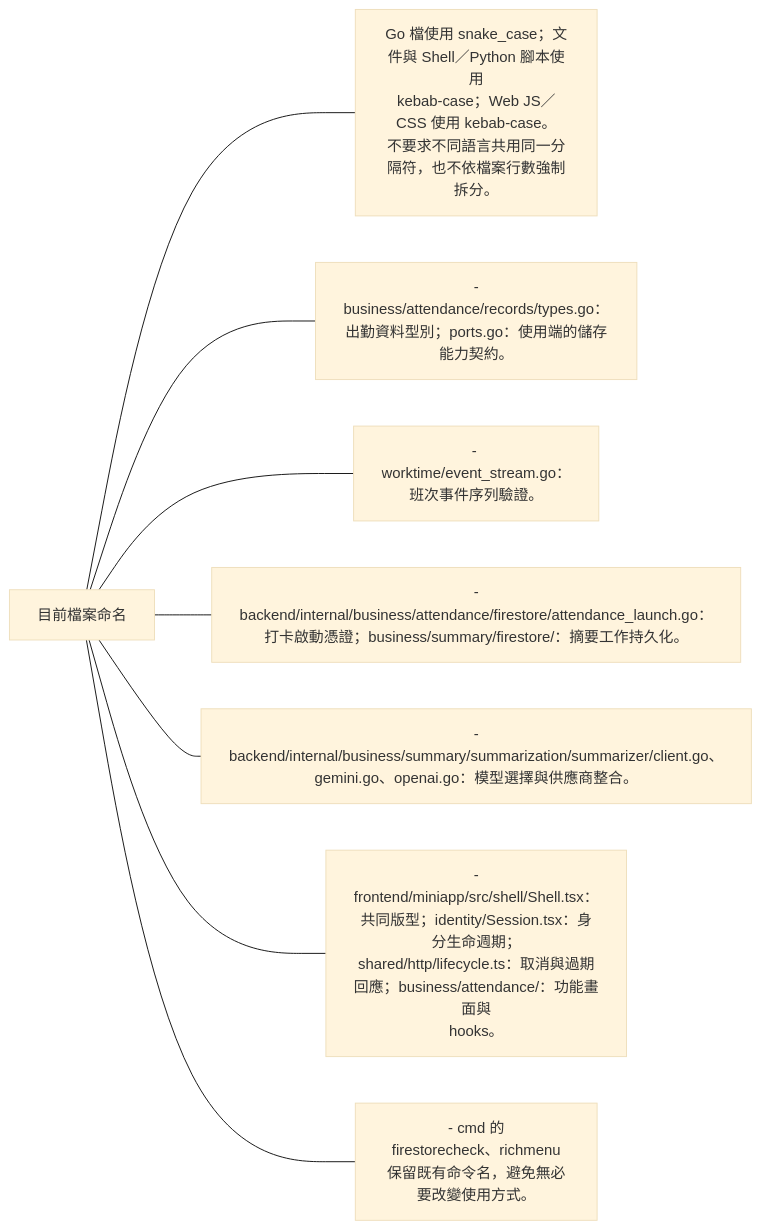
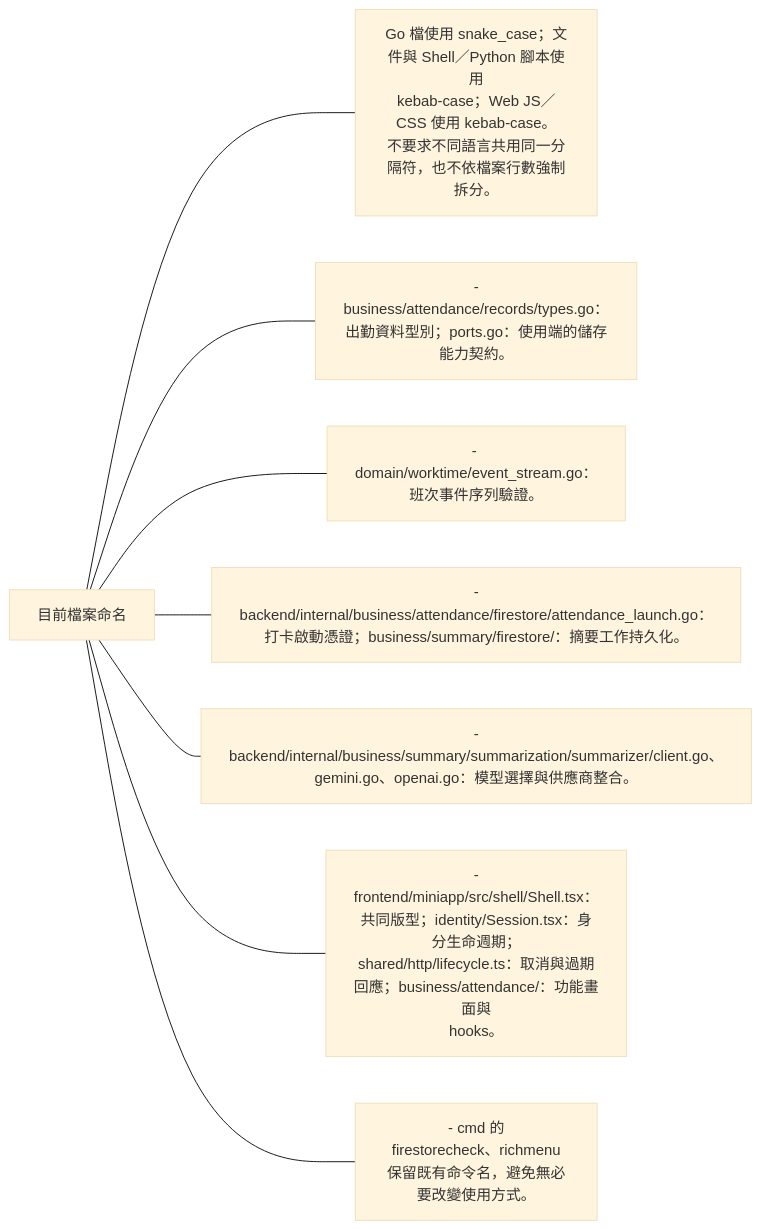
One commit to 963sup/line-mini-app-bot changed the fourth of 4 diagrams in docs/standards/naming.md. Above: the diagram before and after it, drawn with Mermaid (base theme). The commit also changed 24 other files, not shown here.

First line of the commit message:
refactor(attendance): define the worktime domain boundary (#50)

````diff
--- a/docs/standards/naming.md
+++ b/docs/standards/naming.md
@@ -51,11 +51,11 @@
 ```mermaid
 flowchart LR
   h["目前檔案命名"]
   h --- n0["Go 檔使用 snake_case；文件與 Shell／Python 腳本使用<br/>kebab-case；Web JS／CSS 使用 kebab-case。<br/>不要求不同語言共用同一分隔符，也不依檔案行數強制拆分。"]
   h --- n1["-<br/>business/attendance/records/types.go：出勤資料型別；ports.go：使用端的儲存能力契約。"]
-  h --- n2["- worktime/event_stream.go：班次事件序列驗證。"]
+  h --- n2["- domain/worktime/event_stream.go：班次事件序列驗證。"]
   h --- n3["-<br/>backend/internal/business/attendance/firestore/attendance_launch.go：打卡啟動憑證；business/summary/firestore/：摘要工作持久化。"]
   h --- n4["-<br/>backend/internal/business/summary/summarization/summarizer/client.go、gemini.go、openai.go：模型選擇與供應商整合。"]
   h --- n5["-<br/>frontend/miniapp/src/shell/Shell.tsx：共同版型；identity/Session.tsx：身分生命週期；shared/http/lifecycle.ts：取消與過期回應；business/attendance/：功能畫面與<br/>hooks。"]
   h --- n6["- cmd 的<br/>firestorecheck、richmenu<br/>保留既有命令名，避免無必要改變使用方式。"]
 ```
````
